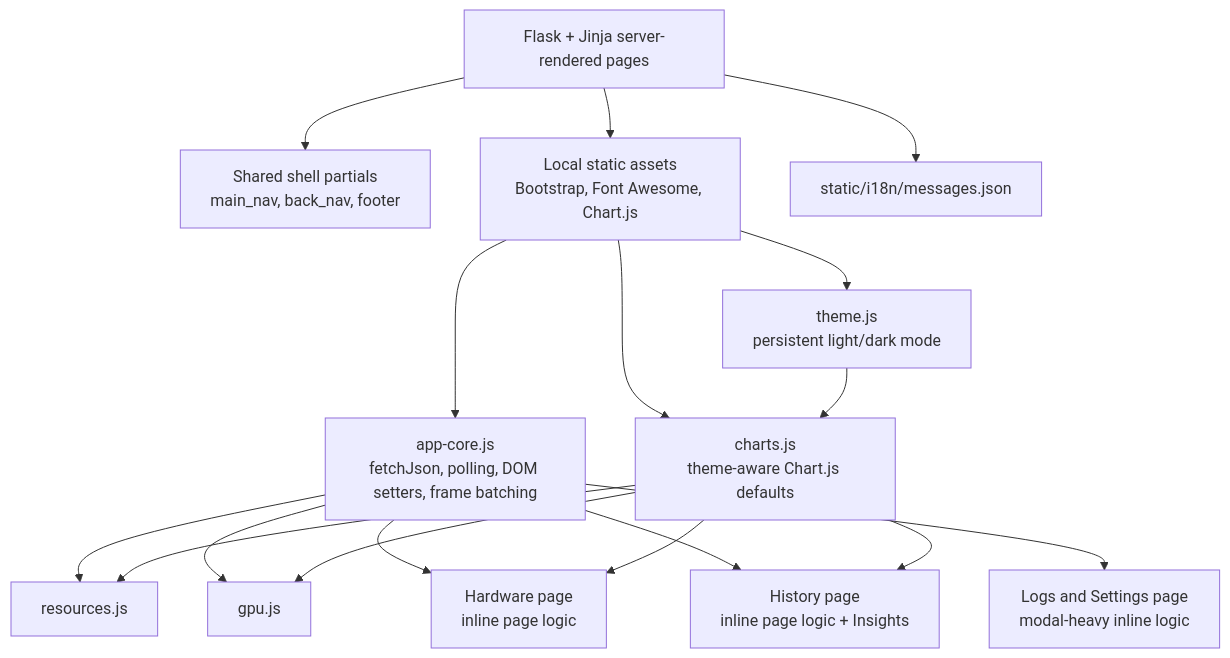
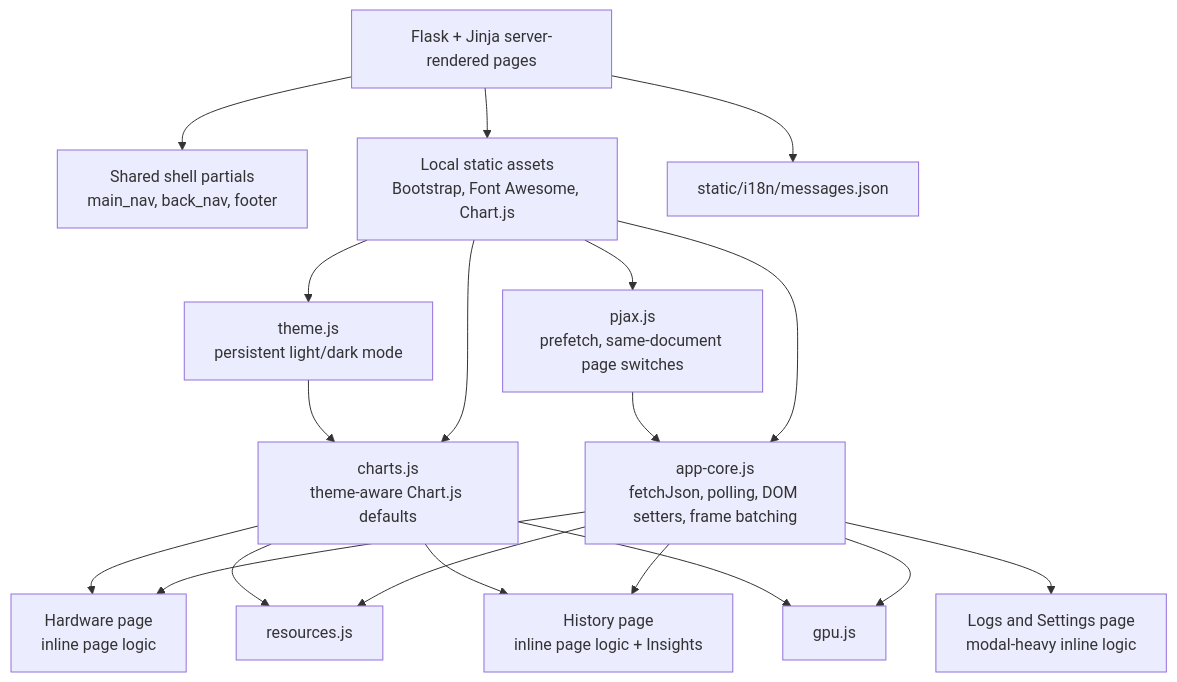
One commit to stlin256/IPMI_WEB changed the second of 5 diagrams in README.md. Above: the diagram before and after it, drawn with Mermaid. The commit also changed other lines of this file and 2 other files, not shown here.

Commit message:
Document PJAX navigation

````diff
--- a/README.md
+++ b/README.md
@@ -87,22 +88,24 @@
 ```mermaid
 flowchart TD
     ServerPages["Flask + Jinja server-rendered pages"] --> SharedShell["Shared shell partials<br/>main_nav, back_nav, footer"]
     ServerPages --> LocalAssets["Local static assets<br/>Bootstrap, Font Awesome, Chart.js"]
     ServerPages --> I18nCatalog["static/i18n/messages.json"]
 
     LocalAssets --> Theme["theme.js<br/>persistent light/dark mode"]
     LocalAssets --> Core["app-core.js<br/>fetchJson, polling, DOM setters, frame batching"]
     LocalAssets --> ChartDefaults["charts.js<br/>theme-aware Chart.js defaults"]
+    LocalAssets --> PJAX["pjax.js<br/>prefetch, same-document page switches"]
 
+    PJAX --> Core
     Core --> HardwarePage["Hardware page<br/>inline page logic"]
     Core --> HistoryPage["History page<br/>inline page logic + Insights"]
     Core --> LogsPage["Logs and Settings page<br/>modal-heavy inline logic"]
     Core --> ResourcesPage["resources.js"]
     Core --> GPUPage["gpu.js"]
 
     Theme --> ChartDefaults
     ChartDefaults --> ResourcesPage
     ChartDefaults --> GPUPage
     ChartDefaults --> HardwarePage
     ChartDefaults --> HistoryPage
 ```
````
